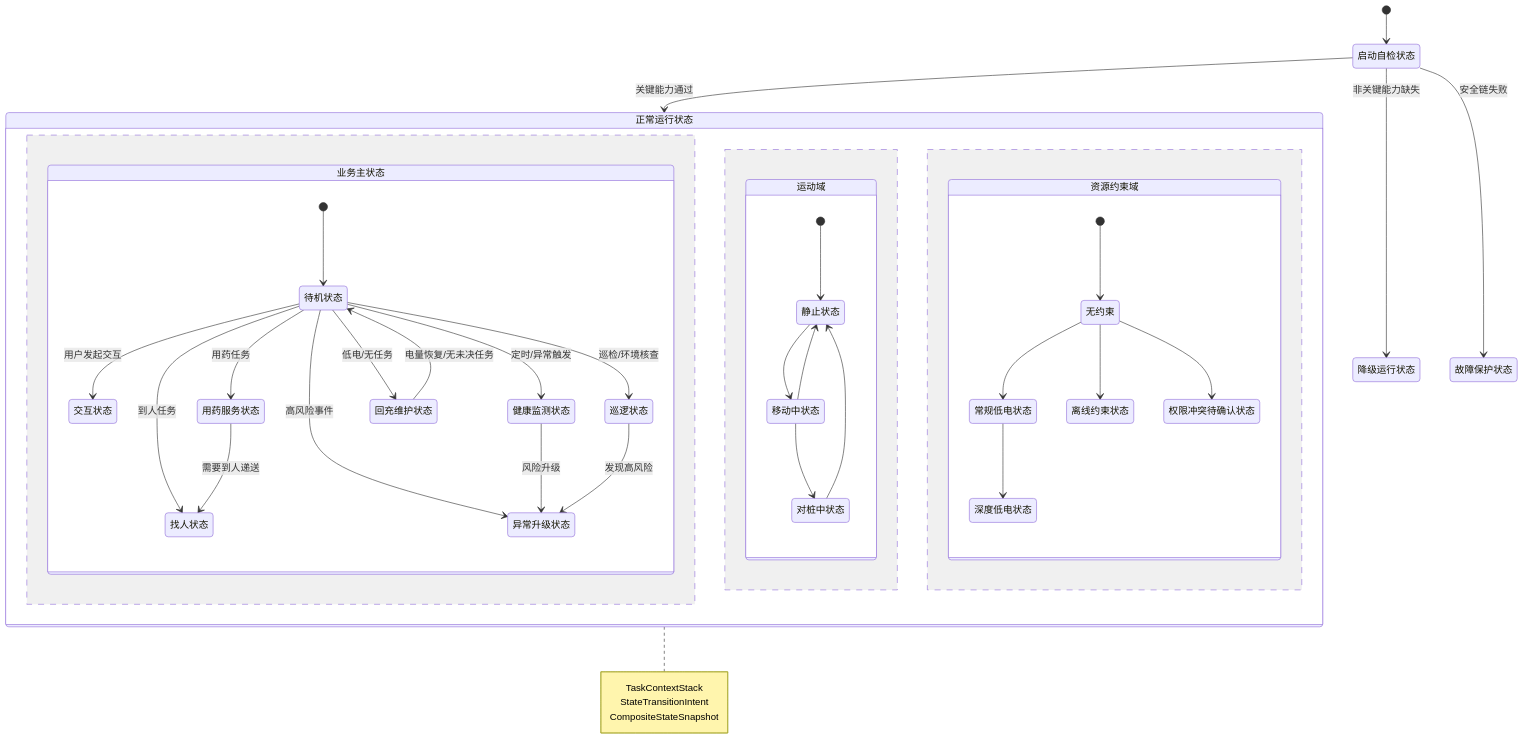
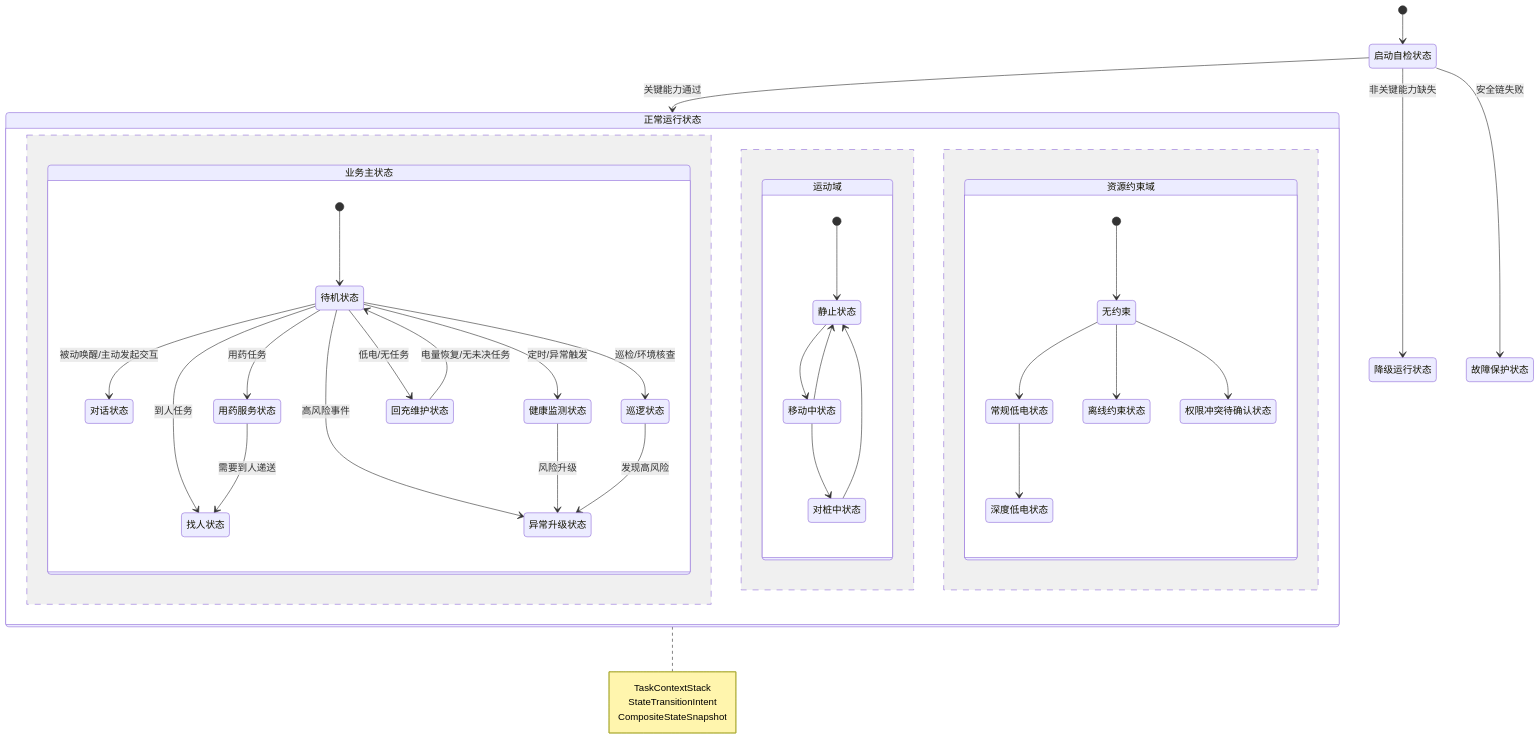
Before and after one commit to hlm12348765/Kinbot_OODA: the sixth of 6 diagrams in docs/08_reviews/14_state_switching_requirement_review_and_state_machine_proposal.md, drawn with Mermaid. The commit also changed other lines of this file and 1 other file, not shown here.

````diff
--- a/docs/08_reviews/14_state_switching_requirement_review_and_state_machine_proposal.md
+++ b/docs/08_reviews/14_state_switching_requirement_review_and_state_machine_proposal.md
@@ -482,47 +520,47 @@
 ```mermaid
 stateDiagram-v2
     [*] --> 启动自检状态
     启动自检状态 --> 正常运行状态: 关键能力通过
     启动自检状态 --> 降级运行状态: 非关键能力缺失
     启动自检状态 --> 故障保护状态: 安全链失败
 
     state 正常运行状态 {
         state "业务主状态" as Biz {
             [*] --> 待机状态
-            待机状态 --> 交互状态: 用户发起交互
+            待机状态 --> 对话状态: 被动唤醒/主动发起交互
             待机状态 --> 找人状态: 到人任务
             待机状态 --> 健康监测状态: 定时/异常触发
             待机状态 --> 用药服务状态: 用药任务
             待机状态 --> 巡逻状态: 巡检/环境核查
             待机状态 --> 异常升级状态: 高风险事件
             待机状态 --> 回充维护状态: 低电/无任务
 
             健康监测状态 --> 异常升级状态: 风险升级
             用药服务状态 --> 找人状态: 需要到人递送
             巡逻状态 --> 异常升级状态: 发现高风险
             回充维护状态 --> 待机状态: 电量恢复/无未决任务
         }
         --
         state "运动域" as Motion {
             [*] --> 静止状态
             静止状态 --> 移动中状态
             移动中状态 --> 静止状态
             移动中状态 --> 对桩中状态
             对桩中状态 --> 静止状态
         }
         --
         state "资源约束域" as Constraint {
             [*] --> 无约束
             无约束 --> 常规低电状态
             常规低电状态 --> 深度低电状态
             无约束 --> 离线约束状态
             无约束 --> 权限冲突待确认状态
         }
     }
 
     note right of 正常运行状态
         TaskContextStack
         StateTransitionIntent
         CompositeStateSnapshot
     end note
 ```
````
